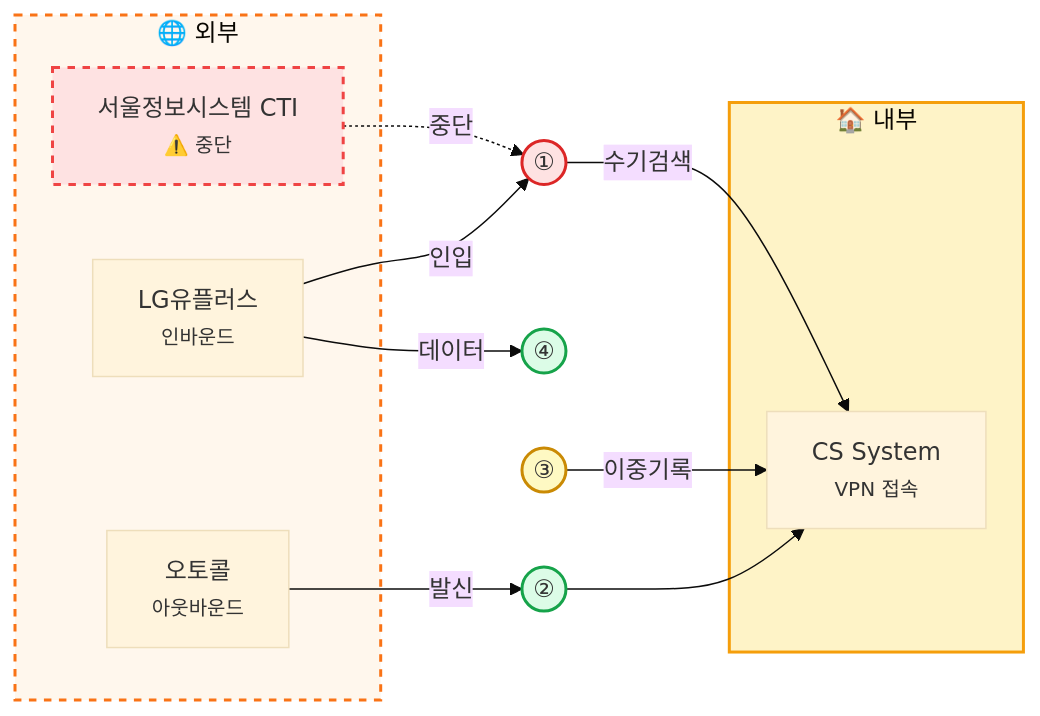
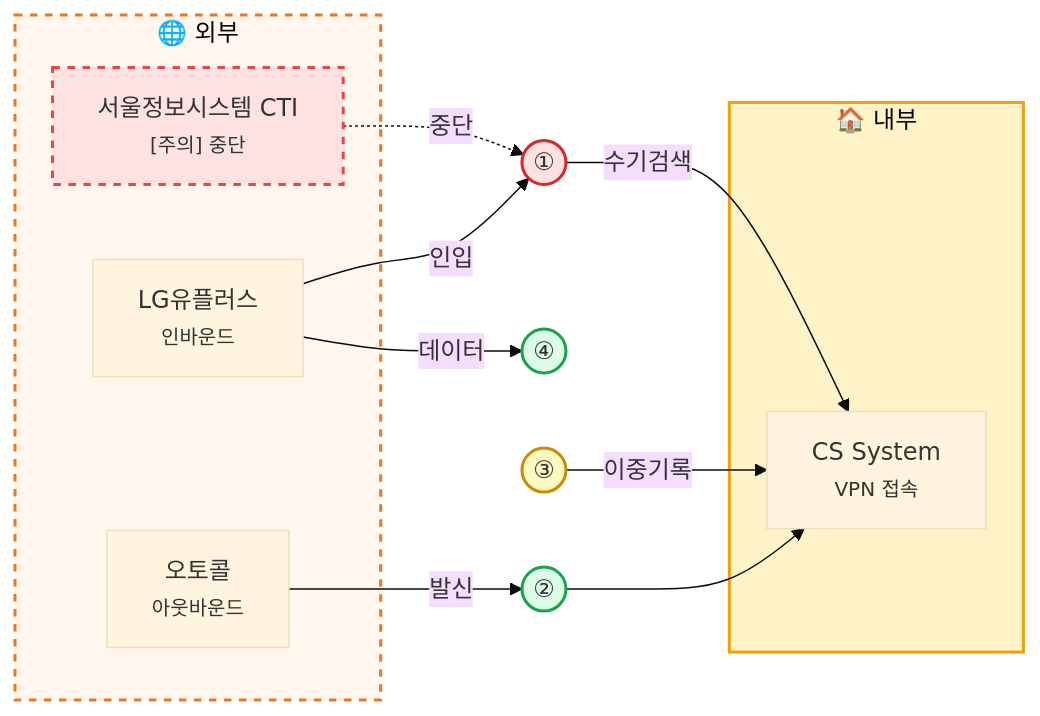
Before and after one commit to sknkwoxs/manual-book: the sixth of 8 diagrams in src/content/docs/goodthinking-isp/02-analysis/entity-map.md, drawn with Mermaid (base theme). The commit also changed other lines of this file and 38 other files, not shown here.

````diff
--- a/src/content/docs/goodthinking-isp/02-analysis/entity-map.md
+++ b/src/content/docs/goodthinking-isp/02-analysis/entity-map.md
@@ -290,33 +290,33 @@
 ```mermaid
 flowchart LR
     subgraph SYS_INT["🏠 내부"]
         CS["CS System<br/><small>VPN 접속</small>"]
     end
     subgraph SYS_EXT["🌐 외부"]
-        CTI["서울정보시스템 CTI<br/><small>⚠️ 중단</small>"]
+        CTI["서울정보시스템 CTI<br/><small>[주의] 중단</small>"]
         LG["LG유플러스<br/><small>인바운드</small>"]
         AUTO["오토콜<br/><small>아웃바운드</small>"]
     end
 
     P1(("①"))
     P2(("②"))
     P3(("③"))
     P4(("④"))
 
     %% 업무 → 시스템
     LG -->|"인입"| P1
     CTI -.->|"중단"| P1
     P1 -->|"수기검색"| CS
     AUTO -->|"발신"| P2
     P2 --> CS
     P3 -->|"이중기록"| CS
     LG -->|"데이터"| P4
 
     style SYS_INT fill:#fef3c7,stroke:#f59e0b,stroke-width:2px
     style SYS_EXT fill:#fff7ed,stroke:#f97316,stroke-width:2px,stroke-dasharray: 5 5
     style CTI fill:#fee2e2,stroke:#ef4444,stroke-width:2px,stroke-dasharray: 5 5
     style P1 fill:#fee2e2,stroke:#dc2626,stroke-width:2px
     style P2 fill:#dcfce7,stroke:#16a34a,stroke-width:2px
     style P3 fill:#fef9c3,stroke:#ca8a04,stroke-width:2px
     style P4 fill:#dcfce7,stroke:#16a34a,stroke-width:2px
 ```
````
